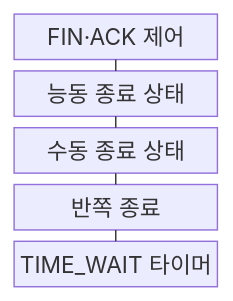
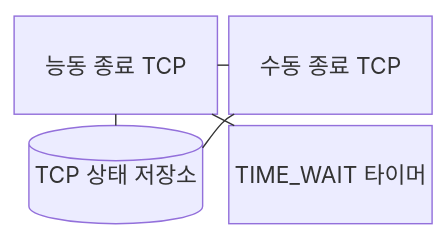
One commit to agnusdei1207/knowledge-base changed the first of 2 diagrams in src/content/docs/notes/04-network/023_tcp_4_way_handshake.md. Above: the diagram before and after it, drawn with Mermaid. The commit also changed other lines of this file and 20 other files, not shown here.

````diff
--- a/src/content/docs/notes/04-network/023_tcp_4_way_handshake.md
+++ b/src/content/docs/notes/04-network/023_tcp_4_way_handshake.md
@@ -60,13 +59,12 @@
 ```mermaid
-block-beta
-    columns 1
-    A["FIN·ACK 제어"]
-    B["능동 종료 상태"]
-    C["수동 종료 상태"]
-    D["반쪽 종료"]
-    E["TIME_WAIT 타이머"]
+block
+    columns 2
+    A["능동 종료 TCP"]
+    B["수동 종료 TCP"]
+    C[("TCP 상태 저장소")]
+    D["TIME_WAIT 타이머"]
     A --- B
+    A --- C
     B --- C
-    C --- D
-    D --- E
+    A --- D
 ```
````
